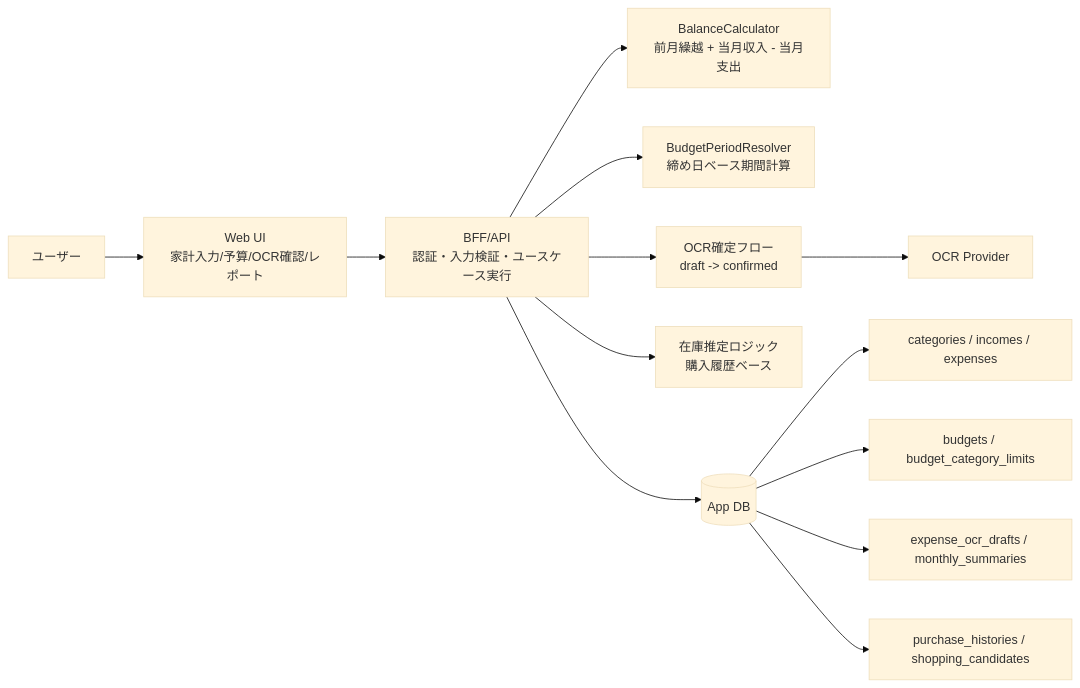
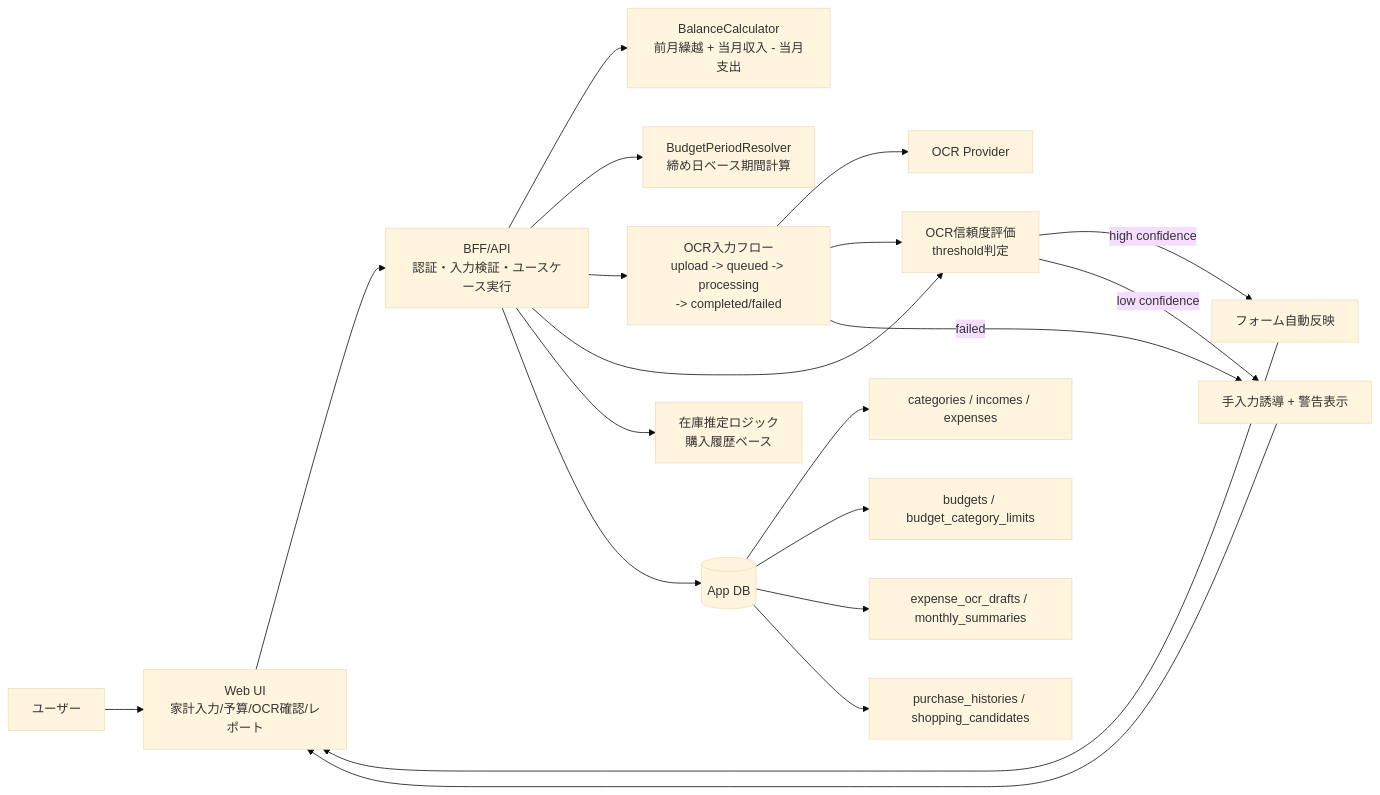
The first of 2 diagrams in docs/ssd/application-architecture-solo-life-support-v1.md (nigoh/stocko), drawn with Mermaid (base theme) before and after one commit. The commit also changed other lines of this file and 2 other files, not shown here.

````diff
--- a/docs/ssd/application-architecture-solo-life-support-v1.md
+++ b/docs/ssd/application-architecture-solo-life-support-v1.md
@@ -15,24 +16,33 @@
 ```mermaid
 flowchart LR
     U[ユーザー] --> FE[Web UI
 家計入力/予算/OCR確認/レポート]
     FE --> API[BFF/API
 認証・入力検証・ユースケース実行]
 
     API --> BC[BalanceCalculator
 前月繰越 + 当月収入 - 当月支出]
     API --> BR[BudgetPeriodResolver
 締め日ベース期間計算]
-    API --> OCRFlow[OCR確定フロー
-draft -> confirmed]
+    API --> OCRFlow[OCR入力フロー
+upload -> queued -> processing
+-> completed/failed]
+    API --> OCRJudge[OCR信頼度評価
+threshold判定]
     API --> Inv[在庫推定ロジック
 購入履歴ベース]
 
     OCRFlow --> OCR[OCR Provider]
+    OCRFlow --> OCRJudge
+    OCRJudge -->|high confidence| OCRFill[フォーム自動反映]
+    OCRJudge -->|low confidence| ManualGuide[手入力誘導 + 警告表示]
+    OCRFlow -->|failed| ManualGuide
+    OCRFill --> FE
+    ManualGuide --> FE
 
     API --> DB[(App DB)]
     DB --> T1[categories / incomes / expenses]
     DB --> T2[budgets / budget_category_limits]
     DB --> T3[expense_ocr_drafts / monthly_summaries]
     DB --> T4[purchase_histories / shopping_candidates]
 ```
````
